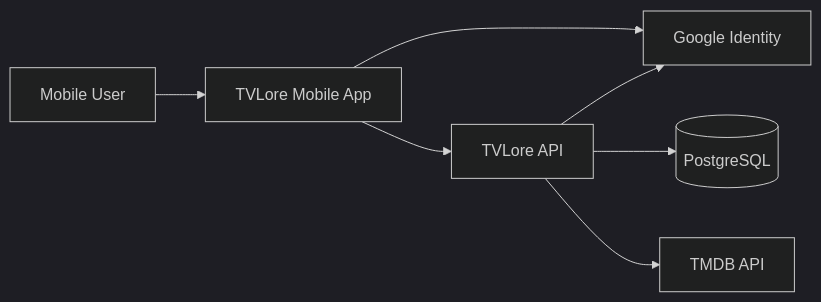
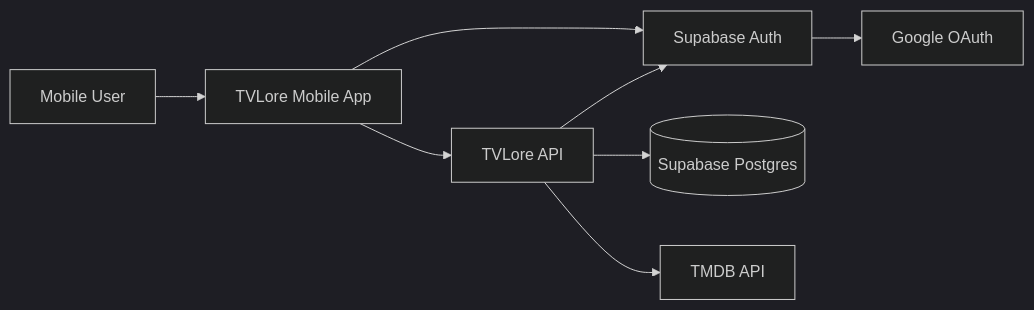
The first of 13 diagrams in docs/diagrams.md (luiskabal/tvlore), drawn with Mermaid (dark theme) before and after one commit. The commit also changed other lines of this file, not shown here.

Commit message:
docs: update architecture diagrams

````diff
--- a/docs/diagrams.md
+++ b/docs/diagrams.md
@@ -7,16 +7,18 @@
 ```mermaid
 flowchart LR
   User[Mobile User]
   Mobile[TVLore Mobile App]
   API[TVLore API]
-  DB[(PostgreSQL)]
-  Google[Google Identity]
+  Auth[Supabase Auth]
+  DB[(Supabase Postgres)]
+  Google[Google OAuth]
   TMDB[TMDB API]
 
   User --> Mobile
   Mobile --> API
-  Mobile --> Google
-  API --> Google
+  Mobile --> Auth
+  Auth --> Google
+  API --> Auth
   API --> DB
   API --> TMDB
 ```
````
